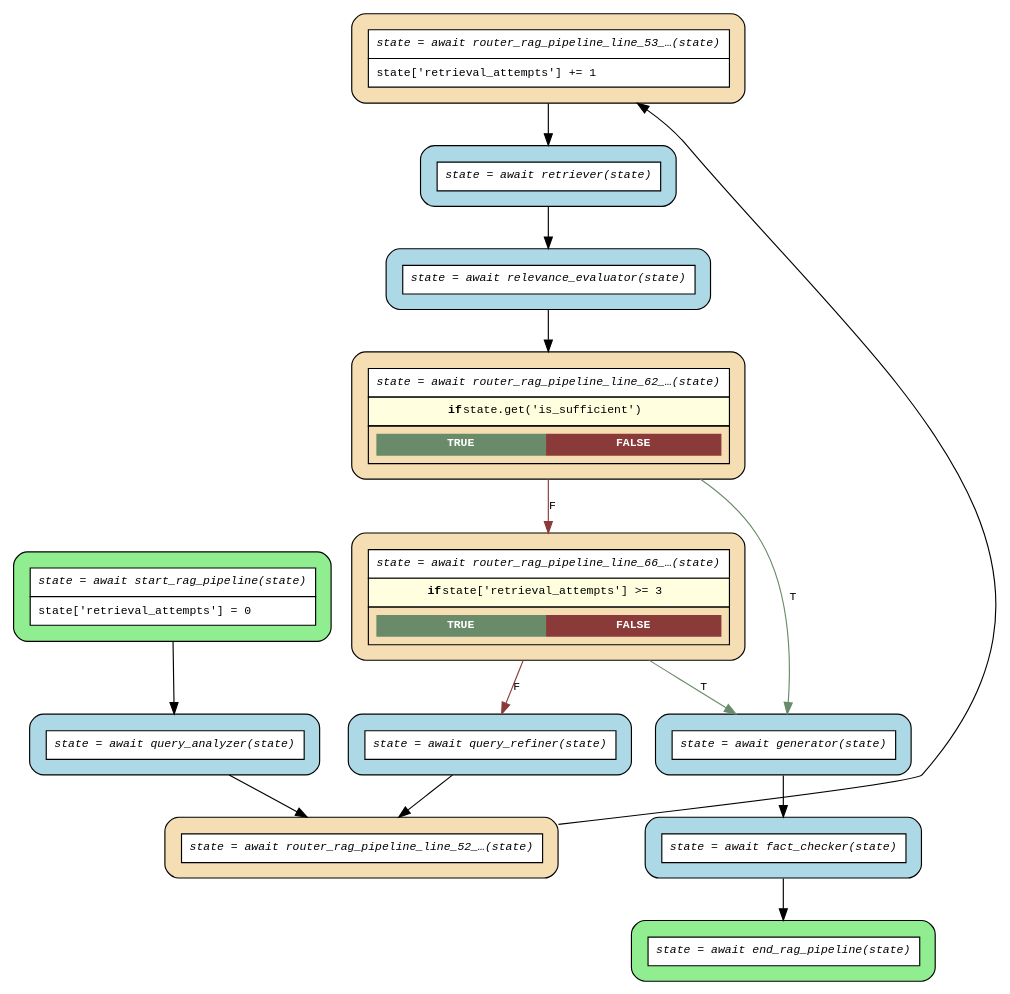
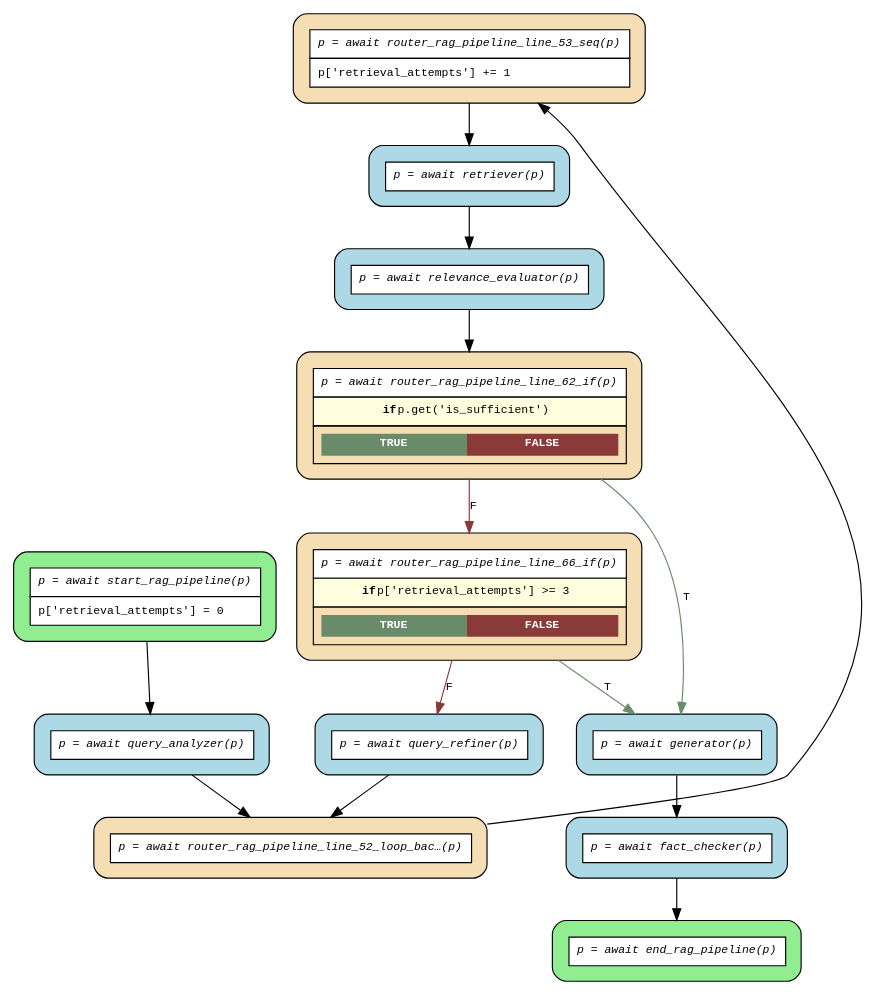
The diagram in examples/flows/agentic/compiled/rag_pipeline/flow.dot (mrhillsman-enterprise-ai/asya), drawn with Graphviz before and after one commit. The commit also changed 161 other files, not shown here.

First line of the commit message:
fix(flow-compiler): generate SVG instead of PNG for deterministic pre-commit flow diagrams [bvs4] (#302)

```diff
--- a/examples/flows/agentic/compiled/rag_pipeline/flow.dot
+++ b/examples/flows/agentic/compiled/rag_pipeline/flow.dot
@@ -1,33 +1,33 @@
 digraph flow {
   rankdir=TB;
   graph [fontname="Courier", fontsize=10];
   node [fontname="Courier", fontsize=10, shape=box, style="filled,rounded", margin="0.2"];
   edge [fontname="Courier", fontsize=10];
 
-  start_rag_pipeline [fillcolor="lightgreen", group="main", label=<<table border="0" cellspacing="0" cellpadding="6" cellborder="1"><tr><td bgcolor="white" align="center"><i>state = await start_rag_pipeline(state)</i></td></tr><tr><td bgcolor="white" align="left">state['retrieval_attempts'] = 0</td></tr></table>>];
-  router_rag_pipeline_line_66_if [fillcolor="wheat", group="main", label=<<table border="0" cellspacing="0" cellpadding="6" cellborder="1"><tr><td bgcolor="white" align="center"><i>state = await router_rag_pipeline_line_66_…(state)</i></td></tr><tr><td bgcolor="lightyellow"><b>if</b> state['retrieval_attempts'] &gt;= 3</td></tr><tr><td><table border="0" cellspacing="0" cellpadding="4"><tr><td bgcolor="darkseagreen4"><font color="white"><b>TRUE</b></font></td><td bgcolor="indianred4"><font color="white"><b>FALSE</b></font></td></tr></table></td></tr></table>>];
-  router_rag_pipeline_line_62_if [fillcolor="wheat", group="main", label=<<table border="0" cellspacing="0" cellpadding="6" cellborder="1"><tr><td bgcolor="white" align="center"><i>state = await router_rag_pipeline_line_62_…(state)</i></td></tr><tr><td bgcolor="lightyellow"><b>if</b> state.get('is_sufficient')</td></tr><tr><td><table border="0" cellspacing="0" cellpadding="4"><tr><td bgcolor="darkseagreen4"><font color="white"><b>TRUE</b></font></td><td bgcolor="indianred4"><font color="white"><b>FALSE</b></font></td></tr></table></td></tr></table>>];
-  router_rag_pipeline_line_53_seq [fillcolor="wheat", group="main", label=<<table border="0" cellspacing="0" cellpadding="6" cellborder="1"><tr><td bgcolor="white" align="center"><i>state = await router_rag_pipeline_line_53_…(state)</i></td></tr><tr><td bgcolor="white" align="left">state['retrieval_attempts'] += 1</td></tr></table>>];
-  router_rag_pipeline_line_52_loop_back_0 [fillcolor="wheat", group="main", label=<<table border="0" cellspacing="0" cellpadding="6" cellborder="1"><tr><td bgcolor="white" align="center"><i>state = await router_rag_pipeline_line_52_…(state)</i></td></tr></table>>];
-  end_rag_pipeline [fillcolor="lightgreen", group="main", label=<<table border="0" cellspacing="0" cellpadding="6" cellborder="1"><tr><td bgcolor="white" align="center"><i>state = await end_rag_pipeline(state)</i></td></tr></table>>];
-  fact_checker [fillcolor="lightblue", label=<<table border="0" cellspacing="0" cellpadding="6" cellborder="1"><tr><td bgcolor="white" align="center"><i>state = await fact_checker(state)</i></td></tr></table>>];
-  generator [fillcolor="lightblue", label=<<table border="0" cellspacing="0" cellpadding="6" cellborder="1"><tr><td bgcolor="white" align="center"><i>state = await generator(state)</i></td></tr></table>>];
-  query_analyzer [fillcolor="lightblue", label=<<table border="0" cellspacing="0" cellpadding="6" cellborder="1"><tr><td bgcolor="white" align="center"><i>state = await query_analyzer(state)</i></td></tr></table>>];
-  query_refiner [fillcolor="lightblue", label=<<table border="0" cellspacing="0" cellpadding="6" cellborder="1"><tr><td bgcolor="white" align="center"><i>state = await query_refiner(state)</i></td></tr></table>>];
-  relevance_evaluator [fillcolor="lightblue", label=<<table border="0" cellspacing="0" cellpadding="6" cellborder="1"><tr><td bgcolor="white" align="center"><i>state = await relevance_evaluator(state)</i></td></tr></table>>];
-  retriever [fillcolor="lightblue", label=<<table border="0" cellspacing="0" cellpadding="6" cellborder="1"><tr><td bgcolor="white" align="center"><i>state = await retriever(state)</i></td></tr></table>>];
+  start_rag_pipeline [fillcolor="lightgreen", group="main", label=<<table border="0" cellspacing="0" cellpadding="6" cellborder="1"><tr><td bgcolor="white" align="center"><i>p = await start_rag_pipeline(p)</i></td></tr><tr><td bgcolor="white" align="left">p['retrieval_attempts'] = 0</td></tr></table>>];
+  router_rag_pipeline_line_66_if [fillcolor="wheat", group="main", label=<<table border="0" cellspacing="0" cellpadding="6" cellborder="1"><tr><td bgcolor="white" align="center"><i>p = await router_rag_pipeline_line_66_if(p)</i></td></tr><tr><td bgcolor="lightyellow"><b>if</b> p['retrieval_attempts'] &gt;= 3</td></tr><tr><td><table border="0" cellspacing="0" cellpadding="4"><tr><td bgcolor="darkseagreen4"><font color="white"><b>TRUE</b></font></td><td bgcolor="indianred4"><font color="white"><b>FALSE</b></font></td></tr></table></td></tr></table>>];
+  router_rag_pipeline_line_62_if [fillcolor="wheat", group="main", label=<<table border="0" cellspacing="0" cellpadding="6" cellborder="1"><tr><td bgcolor="white" align="center"><i>p = await router_rag_pipeline_line_62_if(p)</i></td></tr><tr><td bgcolor="lightyellow"><b>if</b> p.get('is_sufficient')</td></tr><tr><td><table border="0" cellspacing="0" cellpadding="4"><tr><td bgcolor="darkseagreen4"><font color="white"><b>TRUE</b></font></td><td bgcolor="indianred4"><font color="white"><b>FALSE</b></font></td></tr></table></td></tr></table>>];
+  router_rag_pipeline_line_53_seq [fillcolor="wheat", group="main", label=<<table border="0" cellspacing="0" cellpadding="6" cellborder="1"><tr><td bgcolor="white" align="center"><i>p = await router_rag_pipeline_line_53_seq(p)</i></td></tr><tr><td bgcolor="white" align="left">p['retrieval_attempts'] += 1</td></tr></table>>];
+  router_rag_pipeline_line_52_loop_back_0 [fillcolor="wheat", group="main", label=<<table border="0" cellspacing="0" cellpadding="6" cellborder="1"><tr><td bgcolor="white" align="center"><i>p = await router_rag_pipeline_line_52_loop_bac…(p)</i></td></tr></table>>];
+  end_rag_pipeline [fillcolor="lightgreen", group="main", label=<<table border="0" cellspacing="0" cellpadding="6" cellborder="1"><tr><td bgcolor="white" align="center"><i>p = await end_rag_pipeline(p)</i></td></tr></table>>];
+  fact_checker [fillcolor="lightblue", label=<<table border="0" cellspacing="0" cellpadding="6" cellborder="1"><tr><td bgcolor="white" align="center"><i>p = await fact_checker(p)</i></td></tr></table>>];
+  generator [fillcolor="lightblue", label=<<table border="0" cellspacing="0" cellpadding="6" cellborder="1"><tr><td bgcolor="white" align="center"><i>p = await generator(p)</i></td></tr></table>>];
+  query_analyzer [fillcolor="lightblue", label=<<table border="0" cellspacing="0" cellpadding="6" cellborder="1"><tr><td bgcolor="white" align="center"><i>p = await query_analyzer(p)</i></td></tr></table>>];
+  query_refiner [fillcolor="lightblue", label=<<table border="0" cellspacing="0" cellpadding="6" cellborder="1"><tr><td bgcolor="white" align="center"><i>p = await query_refiner(p)</i></td></tr></table>>];
+  relevance_evaluator [fillcolor="lightblue", label=<<table border="0" cellspacing="0" cellpadding="6" cellborder="1"><tr><td bgcolor="white" align="center"><i>p = await relevance_evaluator(p)</i></td></tr></table>>];
+  retriever [fillcolor="lightblue", label=<<table border="0" cellspacing="0" cellpadding="6" cellborder="1"><tr><td bgcolor="white" align="center"><i>p = await retriever(p)</i></td></tr></table>>];
 
   fact_checker -> end_rag_pipeline;
   generator -> fact_checker;
   query_analyzer -> router_rag_pipeline_line_52_loop_back_0;
   query_refiner -> router_rag_pipeline_line_52_loop_back_0;
   relevance_evaluator -> router_rag_pipeline_line_62_if;
   retriever -> relevance_evaluator;
   router_rag_pipeline_line_52_loop_back_0 -> router_rag_pipeline_line_53_seq [constraint=false];
   router_rag_pipeline_line_53_seq -> retriever;
   router_rag_pipeline_line_62_if -> generator [label="T", color=darkseagreen4];
   router_rag_pipeline_line_62_if -> router_rag_pipeline_line_66_if [label="F", color=indianred4];
   router_rag_pipeline_line_66_if -> generator [label="T", color=darkseagreen4];
   router_rag_pipeline_line_66_if -> query_refiner [label="F", color=indianred4];
   start_rag_pipeline -> query_analyzer;
 }
```
